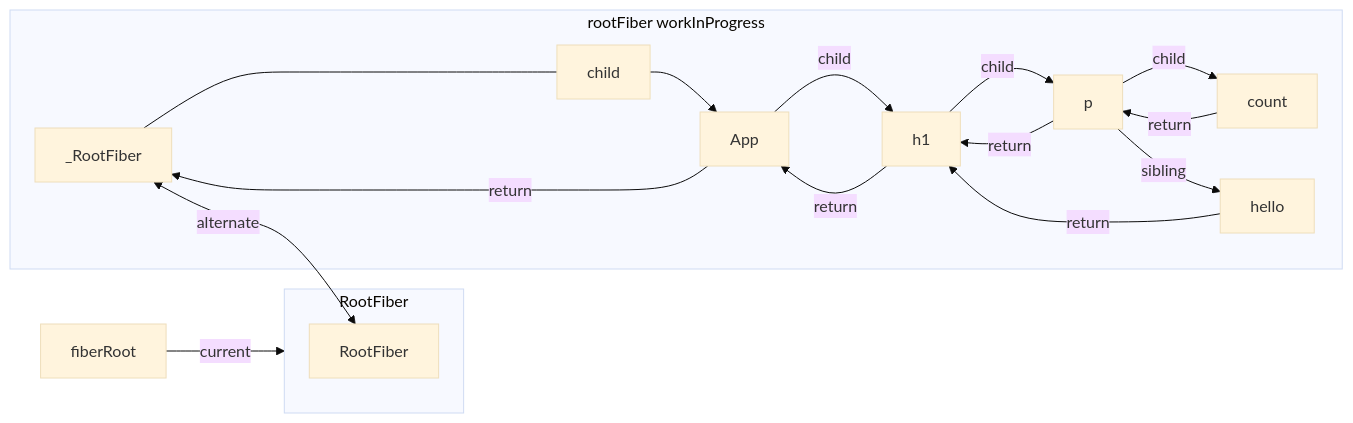
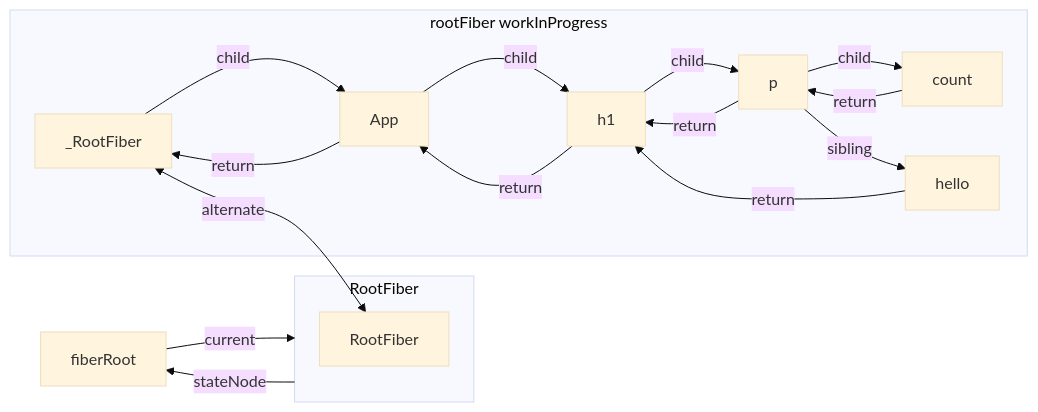
One commit to huiruo/code-record-manual changed the fifth of 6 diagrams in 08-webpack-AST-babel/04_Ast_babel和React源码/03_Fiber更新机制/01_1_fiber概念.md. Above: the diagram before and after it, drawn with Mermaid (base theme). The commit also changed other lines of this file and 2 other files, not shown here.

Commit message:
feat: 流程图

````diff
--- a/08-webpack-AST-babel/04_Ast_babel和React源码/03_Fiber更新机制/01_1_fiber概念.md
+++ b/08-webpack-AST-babel/04_Ast_babel和React源码/03_Fiber更新机制/01_1_fiber概念.md
@@ -362,21 +347,22 @@
 ```mermaid
 %% flowchart TB
 flowchart LR
-    fiberRoot--current-->RootFiber
+  fiberRoot--current-->RootFiber
+  RootFiber--stateNode-->fiberRoot
 
-    subgraph RootFiber [RootFiber]
+  subgraph RootFiber [RootFiber]
     RootFiber1[RootFiber]
-    end
+  end
 
-    subgraph workInProgress[rootFiber workInProgress]
+  subgraph workInProgress[rootFiber workInProgress]
     _RootFiber<--alternate-->RootFiber1
 
-    _RootFiber----child-->App--child-->h1--child-->p--child-->count
+    _RootFiber--child-->App--child-->h1--child-->p--child-->count
     App--return-->_RootFiber
     hello--return-->h1
     p--sibling-->hello
     count--return-->p
     p--return-->h1
     h1--return-->App
-    end
+  end
 ```
````
